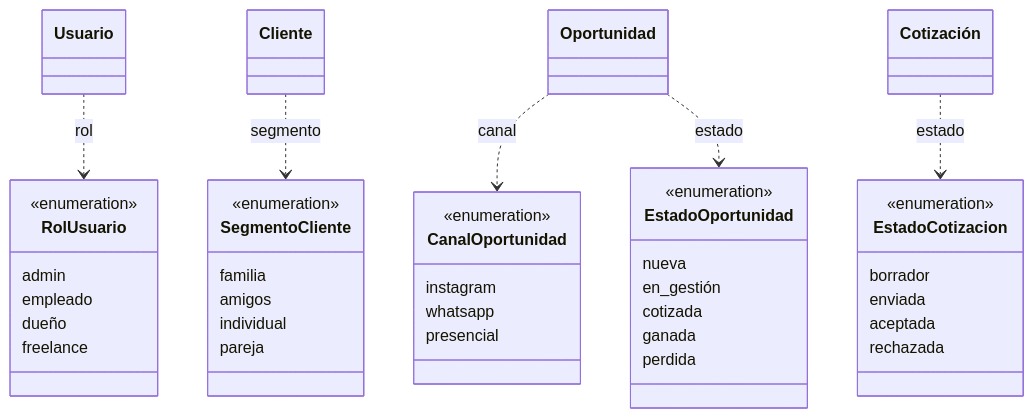
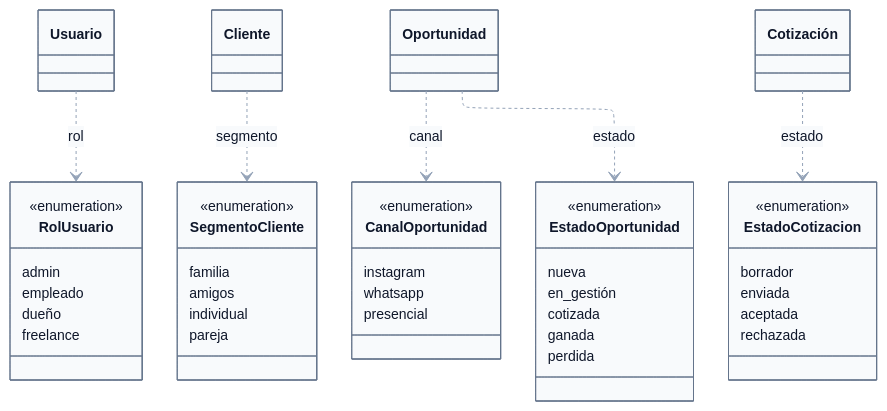
Before and after one commit to FranLuciano04/Vault-Rumbo: the second of 4 diagrams in 03-Dominio/Diagramas/DGM — Diagrama de clases.md, drawn with Mermaid. The commit also changed other lines of this file and 4 other files, not shown here.

First line of the commit message:
Completar el DGM-ER y pasar los diagramas a ELK (líneas rectas)

````diff
--- a/03-Dominio/Diagramas/DGM — Diagrama de clases.md
+++ b/03-Dominio/Diagramas/DGM — Diagrama de clases.md
@@ -209,48 +213,49 @@
 ```mermaid
+%%{init: {'layout':'elk','elk':{'mergeEdges':false,'nodePlacementStrategy':'BRANDES_KOEPF'},'theme':'base','themeVariables':{'fontFamily':'Segoe UI, Arial, sans-serif','fontSize':'14px','primaryColor':'#f8fafc','primaryBorderColor':'#64748b','primaryTextColor':'#0f172a','lineColor':'#94a3b8'}}}%%
 classDiagram
     direction TB
     class Usuario
     class Cliente
     class Oportunidad
     class Cotizacion["Cotización"]
     class RolUsuario {
         <<enumeration>>
         admin
         empleado
         dueño
         freelance
     }
     class SegmentoCliente {
         <<enumeration>>
         familia
         amigos
         individual
         pareja
     }
     class CanalOportunidad {
         <<enumeration>>
         instagram
         whatsapp
         presencial
     }
     class EstadoOportunidad {
         <<enumeration>>
         nueva
         en_gestión
         cotizada
         ganada
         perdida
     }
     class EstadoCotizacion {
         <<enumeration>>
         borrador
         enviada
         aceptada
         rechazada
     }
     Usuario ..> RolUsuario : rol
     Cliente ..> SegmentoCliente : segmento
     Oportunidad ..> CanalOportunidad : canal
     Oportunidad ..> EstadoOportunidad : estado
     Cotizacion ..> EstadoCotizacion : estado
 ```
````
